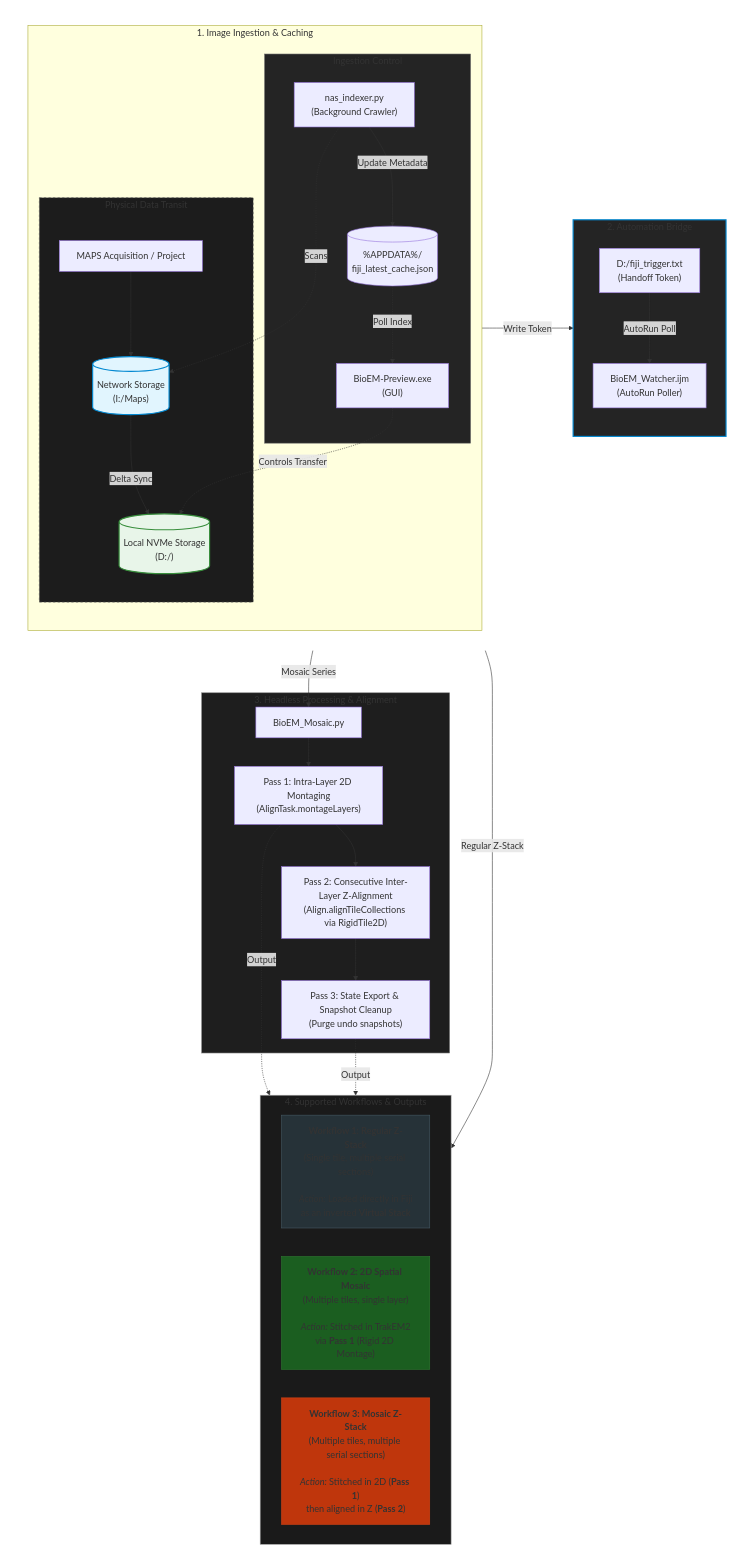
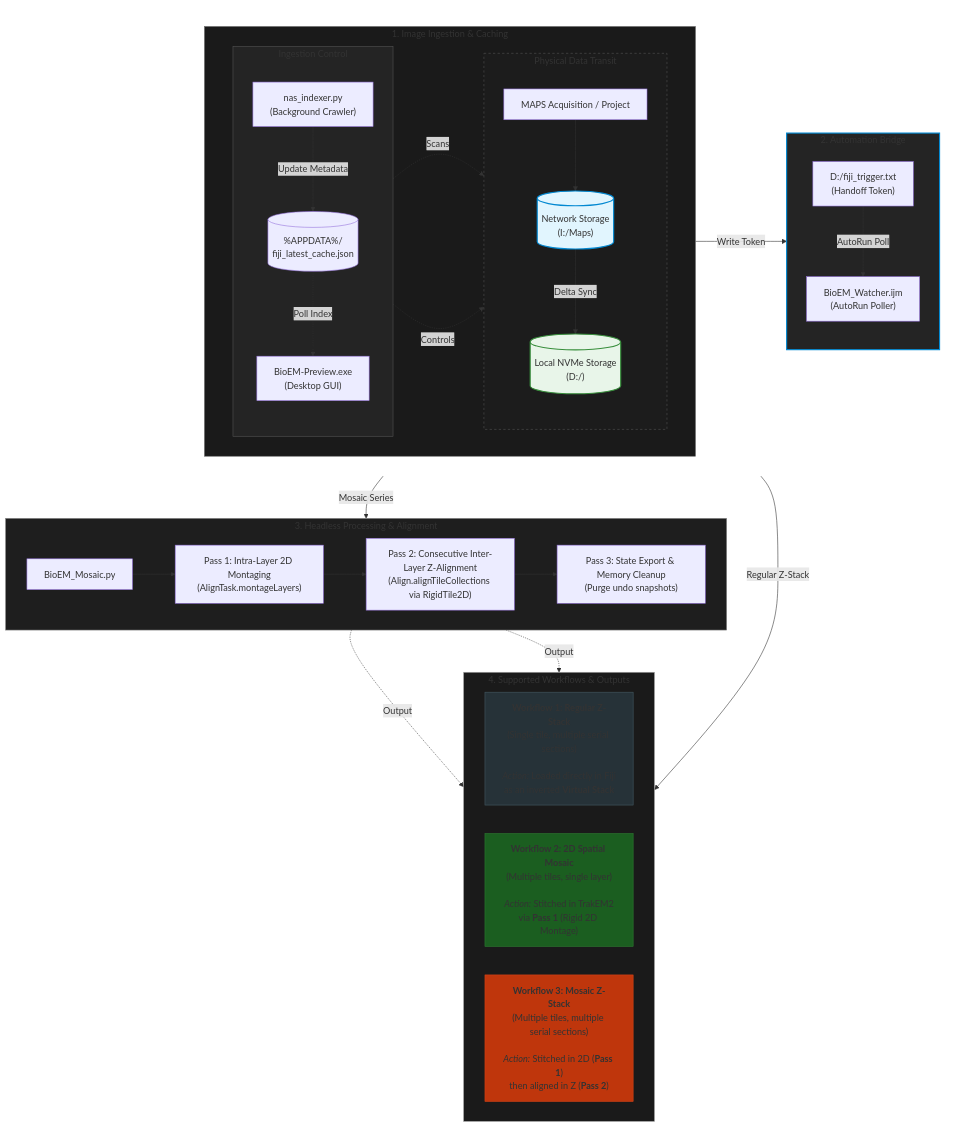
Before and after one commit to leekslk/BioEM-Preview: the diagram in README.md, drawn with Mermaid.

Commit message:
docs: final draft, correct markdown syntax and formating

````diff
--- a/README.md
+++ b/README.md
@@ -19,47 +19,61 @@
 ```mermaid
 flowchart TD
-    %% Top Row: Stage 1 and Stage 2 side-by-side with aligned bottoms
+    %% Top Level Container forcing Stage 1 and Stage 2 to share a bottom baseline
     subgraph TopRow [" "]
         direction LR
 
         subgraph Stage1 [" 1. Image Ingestion & Caching "]
-            direction TB
+            direction LR
+
             subgraph ControlPlane [" Ingestion Control "]
-                Indexer["nas_indexer.py<br/>(Background Crawler)"] -->|"Update Metadata"| Cache[("%APPDATA%/<br/>fiji_latest_cache.json")]
-                Cache -.->|"Poll Index"| UI["BioEM-Preview.exe<br/>(GUI)"]
+                direction TB
+                Indexer["nas_indexer.py<br/>(Background Crawler)"]
+                Cache[("%APPDATA%/<br/>fiji_latest_cache.json")]
+                UI["BioEM-Preview.exe<br/>(Desktop GUI)"]
+
+                Indexer -->|"Update Metadata"| Cache
+                Cache -.->|"Poll Index"| UI
             end
 
             subgraph DataPlane [" Physical Data Transit "]
-                EM["MAPS Acquisition / Project"] --> NAS[("Network Storage<br/>(I:/Maps)")]
-                NAS -->|"Delta Sync"| SSD[("Local NVMe Storage<br/>(D:/)")]
+                direction TB
+                EM["MAPS Acquisition / Project"]
+                NAS[("Network Storage<br/>(I:/Maps)")]
+                SSD[("Local NVMe Storage<br/>(D:/)")]
+
+                EM --> NAS
+                NAS -->|"Delta Sync"| SSD
             end
 
+            %% Symmetric Cross-Links across the two columns
             Indexer -.->|"Scans"| NAS
-            UI -.->|"Controls Transfer"| SSD
+            UI -.->|"Controls"| SSD
         end
 
         subgraph Stage2 [" 2. Automation Bridge "]
             direction TB
             Trig["D:/fiji_trigger.txt<br/>(Handoff Token)"]
             Watcher["BioEM_Watcher.ijm<br/>(AutoRun Poller)"]
+
             Trig -->|"AutoRun Poll"| Watcher
         end
 
-        %% Horizontal connection between UI and Stage 2
+        %% Connection from UI directly into the center of Stage 2
         UI -->|"Write Token"| Trig
     end
 
-    %% Middle Row: Processing Engine
+    %% Middle Engine Stage
     subgraph Stage3 [" 3. Headless Processing & Alignment "]
+        direction LR
         Script["BioEM_Mosaic.py"]
         P1["Pass 1: Intra-Layer 2D Montaging<br/>(AlignTask.montageLayers)"]
         P2["Pass 2: Consecutive Inter-Layer Z-Alignment<br/>(Align.alignTileCollections via RigidTile2D)"]
-        P3["Pass 3: State Export & Snapshot Cleanup<br/>(Purge undo snapshots)"]
+        P3["Pass 3: State Export & Memory Cleanup<br/>(Purge undo snapshots)"]
 
         Script --> P1 --> P2 --> P3
     end
 
-    %% Bottom Row: 3 Workflows & Deliverables
+    %% Bottom Workflows Stage
     subgraph Stage4 [" 4. Supported Workflows & Outputs "]
         direction LR
         WF1["<b>Workflow 1: Regular Z-Stack</b><br/>(Single tile, multiple serial sections)<br/><br/><i>Action:</i> Loaded directly in Fiji<br/>as an inverted <b>Virtual Stack</b>"]
@@ -67,19 +81,20 @@
         WF3["<b>Workflow 3: Mosaic Z-Stack</b><br/>(Multiple tiles, multiple serial sections)<br/><br/><i>Action:</i> Stitched in 2D (<b>Pass 1</b>)<br/>then aligned in Z (<b>Pass 2</b>)"]
     end
 
-    %% Inter-stage Workflow Connections
+    %% Inter-Stage Routing
     Watcher -->|"Regular Z-Stack"| WF1
     Watcher -->|"Mosaic Series"| Script
     P1 -.->|"Output"| WF2
     P3 -.->|"Output"| WF3
 
-    %% Styling & Balance
+    %% Styling & Theme Alignment
     style TopRow fill:none,stroke:none
+    style Stage1 fill:#1a1a1a,stroke:#666,stroke-width:1px
+    style Stage2 fill:#242424,stroke:#0288d1,stroke-width:2px
+    style ControlPlane fill:#242424,stroke:#555,stroke-width:1px
+    style DataPlane fill:#1c1c1c,stroke:#555,stroke-dasharray: 4 4
     style NAS fill:#e1f5fe,stroke:#0288d1,stroke-width:2px
     style SSD fill:#e8f5e9,stroke:#388e3c,stroke-width:2px
-    style DataPlane fill:#1c1c1c,stroke:#555,stroke-dasharray: 4 4
-    style ControlPlane fill:#242424,stroke:#666
-    style Stage2 fill:#242424,stroke:#0288d1,stroke-width:2px
     style Stage3 fill:#1e1e1e,stroke:#888,stroke-width:1px
     style Stage4 fill:#1a1a1a,stroke:#aaa,stroke-width:1px
     style WF1 fill:#263238,stroke:#455a64,stroke-width:1px
````
